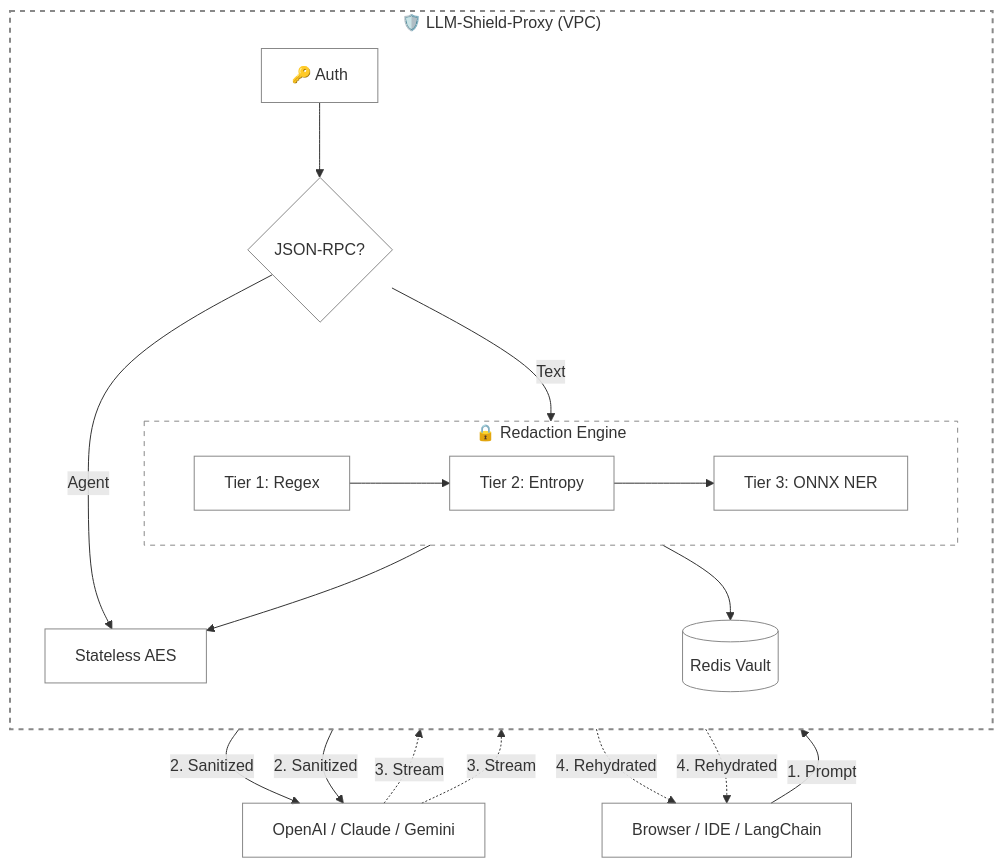
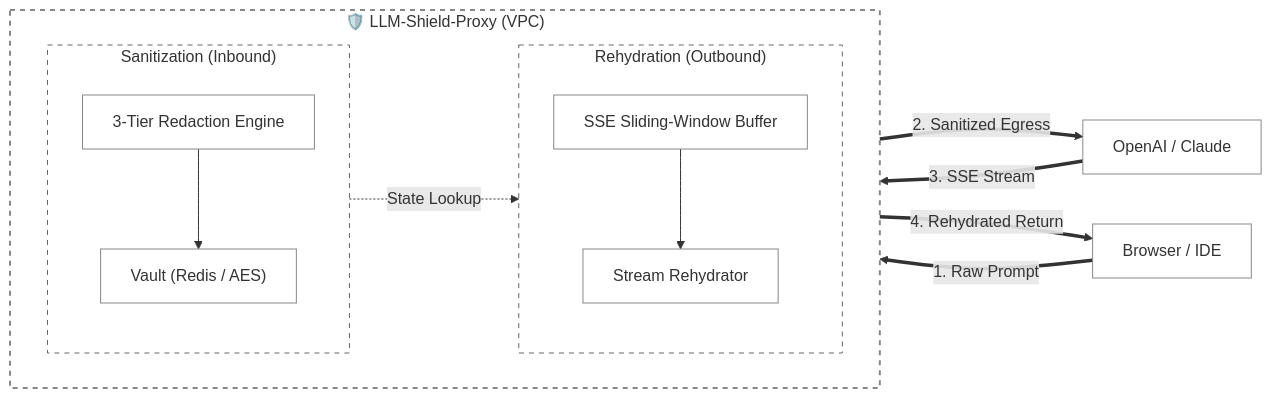
One commit to ninadphalak/LLM-Shield-Proxy changed the second of 2 diagrams in README.md. Above: the diagram before and after it, drawn with Mermaid. The commit also changed 1 other file, not shown here.

Commit message:
docs: redo architecture diagram from scratch and fix arrow layouts

````diff
--- a/README.md
+++ b/README.md
@@ -225,43 +225,38 @@
 ```mermaid
-flowchart TD
-    classDef default fill:transparent,stroke:#888,stroke-width:1px
-
-    Client["Browser / IDE / LangChain"]
+flowchart LR
+    %% Nodes
+    Client["Browser / IDE"]
+    LLM["OpenAI / Claude"]
     
     subgraph Proxy ["🛡️ LLM-Shield-Proxy (VPC)"]
-        direction TD
+        direction LR
         
-        Auth["🔑 Auth"]
-        Router{"JSON-RPC?"}
-        
-        subgraph Engine ["🔒 Redaction Engine"]
-            direction LR
-            T1["Tier 1: Regex"] --> T2["Tier 2: Entropy"] --> T3["Tier 3: ONNX NER"]
+        subgraph Inbound ["Sanitization (Inbound)"]
+            direction TB
+            Engine["3-Tier Redaction Engine"]
+            Vault["Vault (Redis / AES)"]
+            Engine --> Vault
         end
         
-        Redis[("Redis Vault")]
-        AES["Stateless AES"]
+        subgraph Outbound ["Rehydration (Outbound)"]
+            direction TB
+            Buffer["SSE Sliding-Window Buffer"]
+            Rehydrator["Stream Rehydrator"]
+            Buffer --> Rehydrator
+        end
         
-        Auth --> Router
-        Router -->|Text| Engine
-        Router -->|Agent| AES
-        
-        Engine --> Redis
-        Engine --> AES
+        Vault -.->|State Lookup| Rehydrator
     end
     
-    LLM["OpenAI / Claude / Gemini"]
+    %% Flows
+    Client == "1. Raw Prompt" ==> Engine
+    Vault == "2. Sanitized Egress" ==> LLM
+    LLM == "3. SSE Stream" ==> Buffer
+    Rehydrator == "4. Rehydrated Return" ==> Client
     
+    %% Styles
+    classDef default fill:transparent,stroke:#888,stroke-width:1px
     style Proxy fill:transparent,stroke:#888,stroke-width:2px,stroke-dasharray: 5 5
-    style Engine fill:transparent,stroke:#888,stroke-width:1px,stroke-dasharray: 5 5
-
-    Client -->|1. Prompt| Auth
-    Redis -->|2. Sanitized| LLM
-    AES -->|2. Sanitized| LLM
-    
-    LLM -.->|3. Stream| Redis
-    LLM -.->|3. Stream| AES
-    
-    Redis -.->|4. Rehydrated| Client
-    AES -.->|4. Rehydrated| Client
+    style Inbound fill:transparent,stroke:#666,stroke-width:1px,stroke-dasharray: 5 5
+    style Outbound fill:transparent,stroke:#666,stroke-width:1px,stroke-dasharray: 5 5
 ```
````
